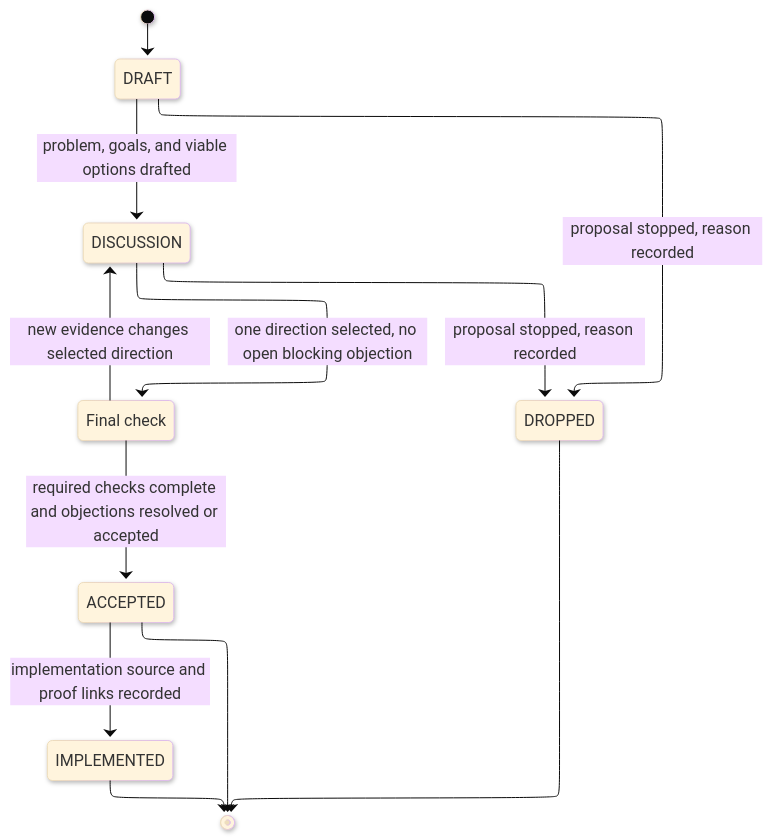
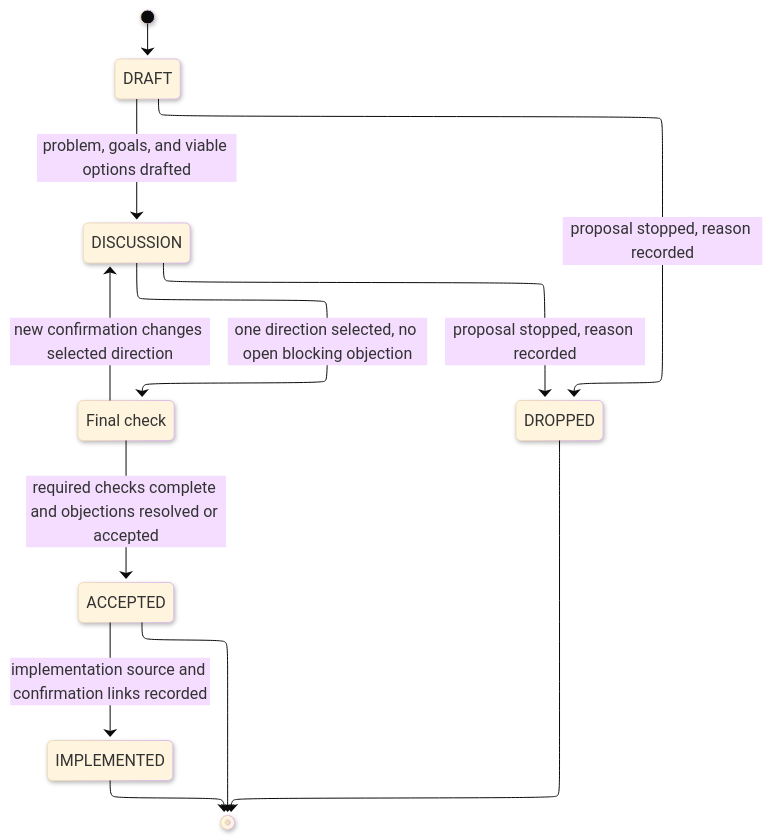
One commit to bsamiee/Rasm changed the diagram in docs/standards/explanation/design-doc.md. Above: the diagram before and after it, drawn with Mermaid. The commit also changed other lines of this file and 119 other files, not shown here.

````diff
--- a/docs/standards/explanation/design-doc.md
+++ b/docs/standards/explanation/design-doc.md
@@ -334,27 +328,27 @@
 ```mermaid
 ---
 config:
   layout: elk
   look: neo
   theme: base
   elk:
     mergeEdges: false
     nodePlacementStrategy: BRANDES_KOEPF
     cycleBreakingStrategy: GREEDY_MODEL_ORDER
 ---
 stateDiagram-v2
     accTitle: Design document lifecycle
-    accDescr: A design moves from draft through discussion, final check, acceptance, implementation, or dropped state, with new evidence returning final check to discussion.
+    accDescr: A design moves from draft through discussion, final check, acceptance, implementation, or dropped state, with new confirmation returning final check to discussion.
     state "Final check" as FinalCheck
     [*] --> DRAFT
     DRAFT --> DISCUSSION: problem, goals, and viable options drafted
     DISCUSSION --> FinalCheck: one direction selected, no open blocking objection
-    FinalCheck --> DISCUSSION: new evidence changes selected direction
+    FinalCheck --> DISCUSSION: new confirmation changes selected direction
     FinalCheck --> ACCEPTED: required checks complete and objections resolved or accepted
-    ACCEPTED --> IMPLEMENTED: implementation source and proof links recorded
+    ACCEPTED --> IMPLEMENTED: implementation source and confirmation links recorded
     DRAFT --> DROPPED: proposal stopped, reason recorded
     DISCUSSION --> DROPPED: proposal stopped, reason recorded
     ACCEPTED --> [*]
     IMPLEMENTED --> [*]
     DROPPED --> [*]
 ```
````
